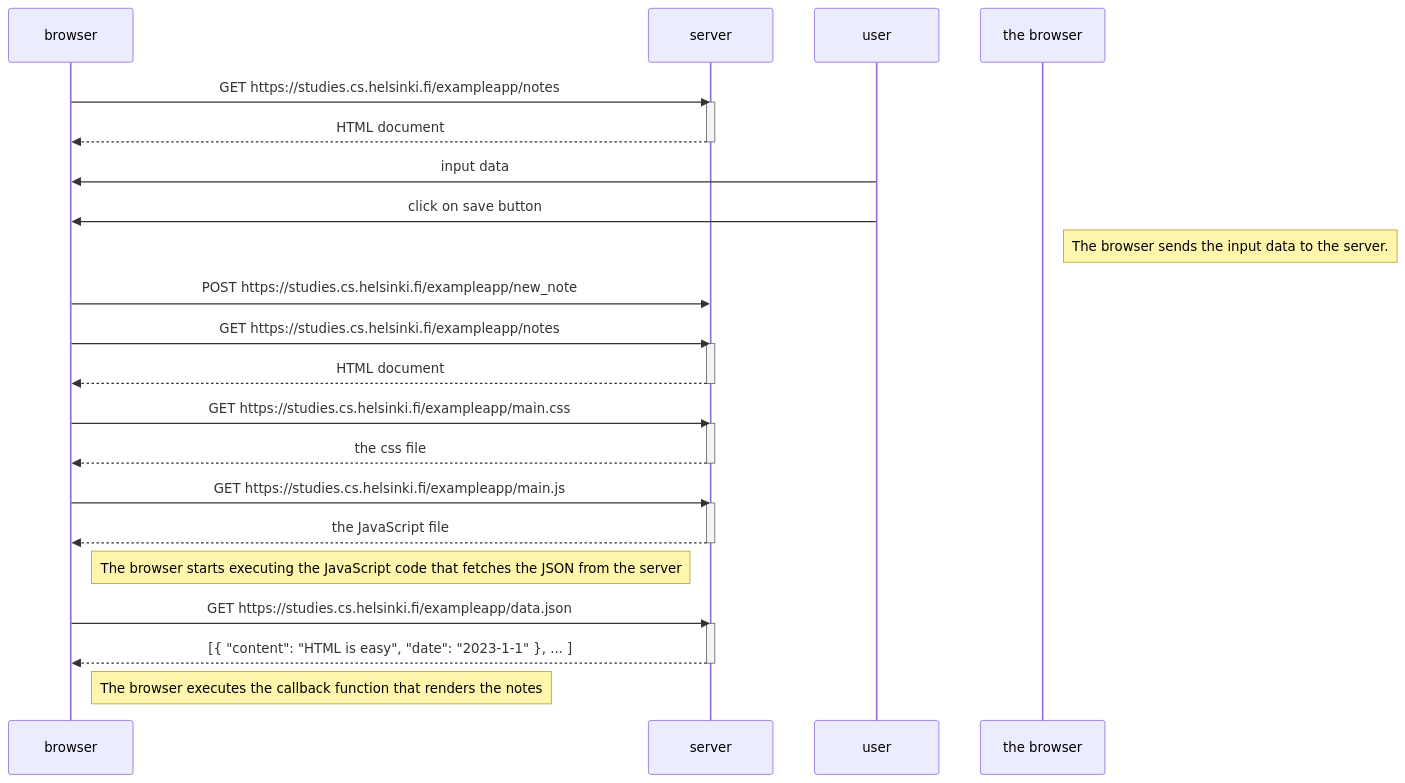
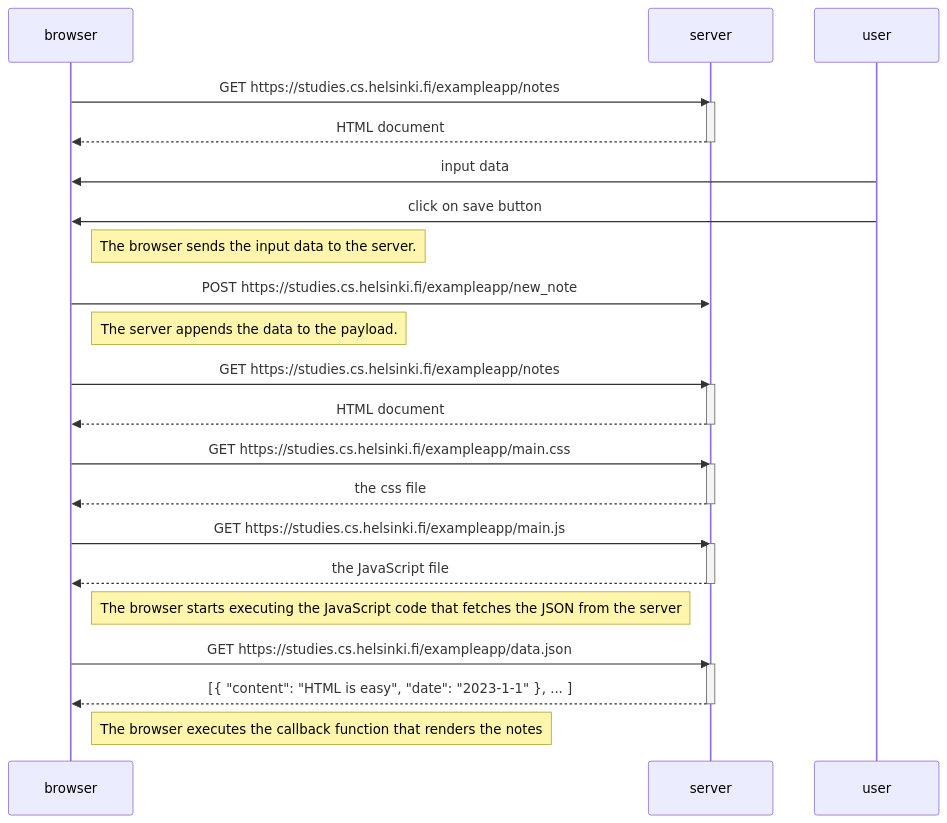
One commit to 24Akshat/fullstackopen changed the diagram in mermaid.md. Above: the diagram before and after it, drawn with Mermaid.

````diff
--- a/mermaid.md
+++ b/mermaid.md
@@ -1,39 +1,40 @@
 ```mermaid
 sequenceDiagram
     participant browser
     participant server
     participant user
 
     browser->>server: GET https://studies.cs.helsinki.fi/exampleapp/notes
     activate server
     server-->>browser: HTML document
     deactivate server
 
     user ->> browser : input data
     user ->> browser : click on save button
-    Note right of the browser : The browser sends the input data to the server.
+    Note right of browser : The browser sends the input data to the server.
     browser ->> server : POST https://studies.cs.helsinki.fi/exampleapp/new_note
+    Note right of browser : The server appends the data to the payload.
     browser->>server: GET https://studies.cs.helsinki.fi/exampleapp/notes
     activate server
     server-->>browser: HTML document
     deactivate server
 
     browser->>server: GET https://studies.cs.helsinki.fi/exampleapp/main.css
     activate server
     server-->>browser: the css file
     deactivate server
 
     browser->>server: GET https://studies.cs.helsinki.fi/exampleapp/main.js
     activate server
     server-->>browser: the JavaScript file
     deactivate server
 
     Note right of browser: The browser starts executing the JavaScript code that fetches the JSON from the server
 
     browser->>server: GET https://studies.cs.helsinki.fi/exampleapp/data.json
     activate server
     server-->>browser: [{ "content": "HTML is easy", "date": "2023-1-1" }, ... ]
     deactivate server
 
     Note right of browser: The browser executes the callback function that renders the notes
 ```
````
